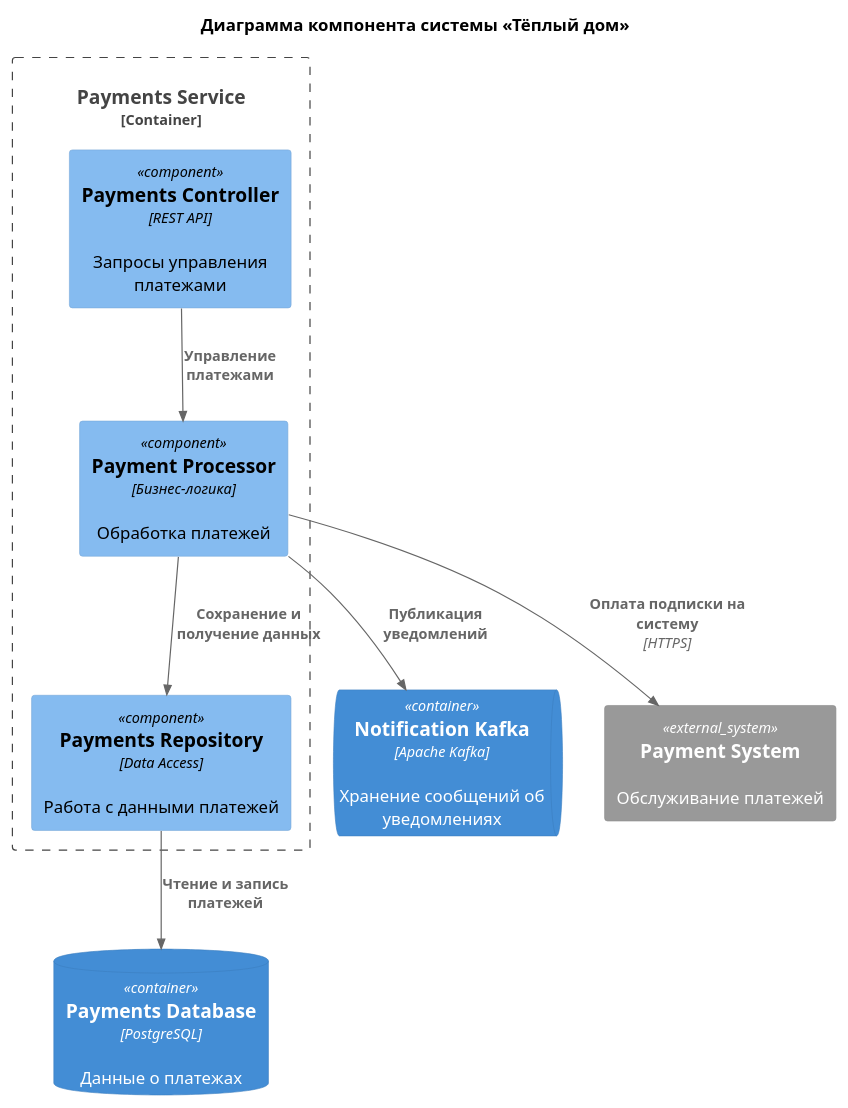
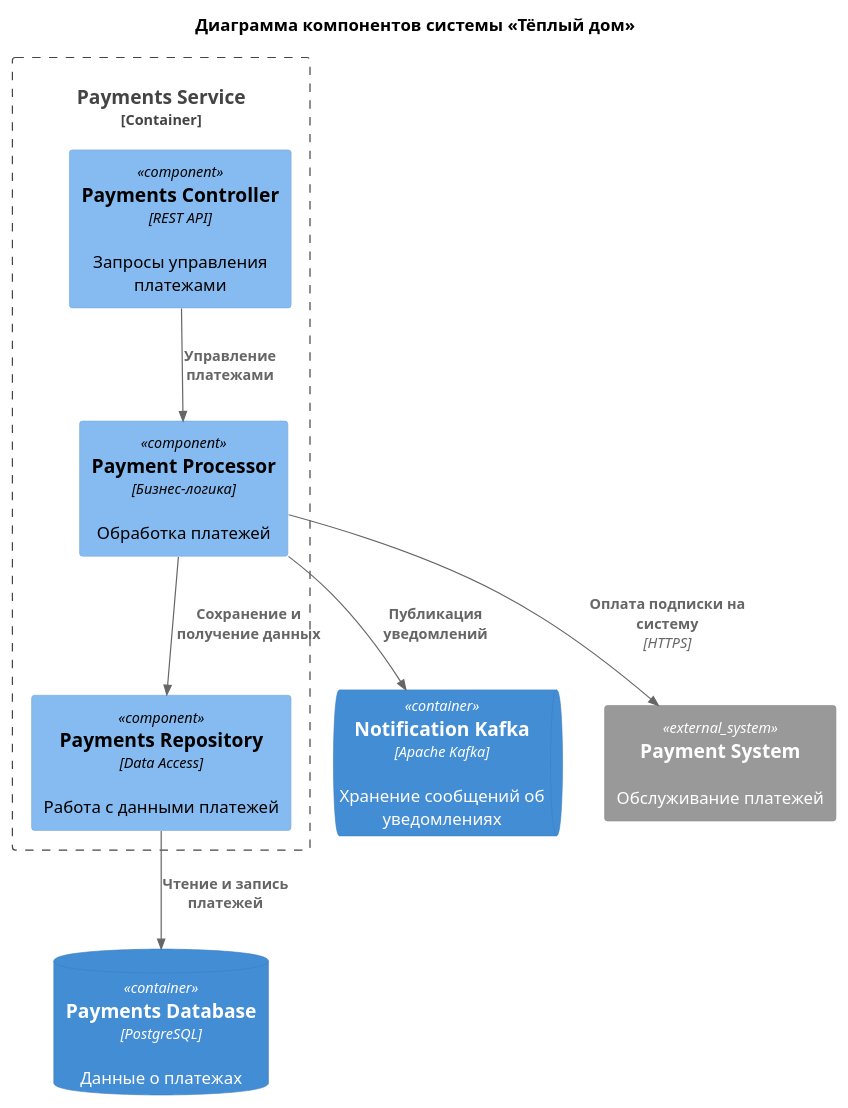
Before and after one commit to reivenor1994/Yandex-lesson-3: the diagram in diagram/components/PaymentsService.puml, drawn with PlantUML. The commit also changed 8 other files, not shown here.

```diff
--- a/diagram/components/PaymentsService.puml
+++ b/diagram/components/PaymentsService.puml
@@ -1,24 +1,24 @@
 @startuml
 
 !include ../C4_Component.puml
 
-title Диаграмма компонента системы «Тёплый дом»
+title Диаграмма компонентов системы «Тёплый дом»
 
 Container_Boundary(PaymentsService, "Payments Service") {
     Component(PaymentsController, "Payments Controller", "REST API", "Запросы управления платежами")
     Component(PaymentProcessor, "Payment Processor", "Бизнес-логика", "Обработка платежей")
     Component(PaymentsRepository, "Payments Repository", "Data Access", "Работа с данными платежей")
 }
 
 ContainerDb(PaymentsDb, "Payments Database", "PostgreSQL", "Данные о платежах")
 ContainerQueue(NotificationKafka, "Notification Kafka", "Apache Kafka", "Хранение сообщений об уведомлениях")
 System_Ext(PaymentSystem, "Payment System", "Обслуживание платежей")
 
 Rel(PaymentsController, PaymentProcessor, "Управление платежами")
 Rel(PaymentProcessor, PaymentsRepository, "Сохранение и получение данных")
 Rel(PaymentsRepository, PaymentsDb, "Чтение и запись платежей")
 Rel(PaymentProcessor, NotificationKafka, "Публикация уведомлений")
 
 Rel(PaymentProcessor, PaymentSystem, "Оплата подписки на систему", "HTTPS")
 
 @enduml
```
